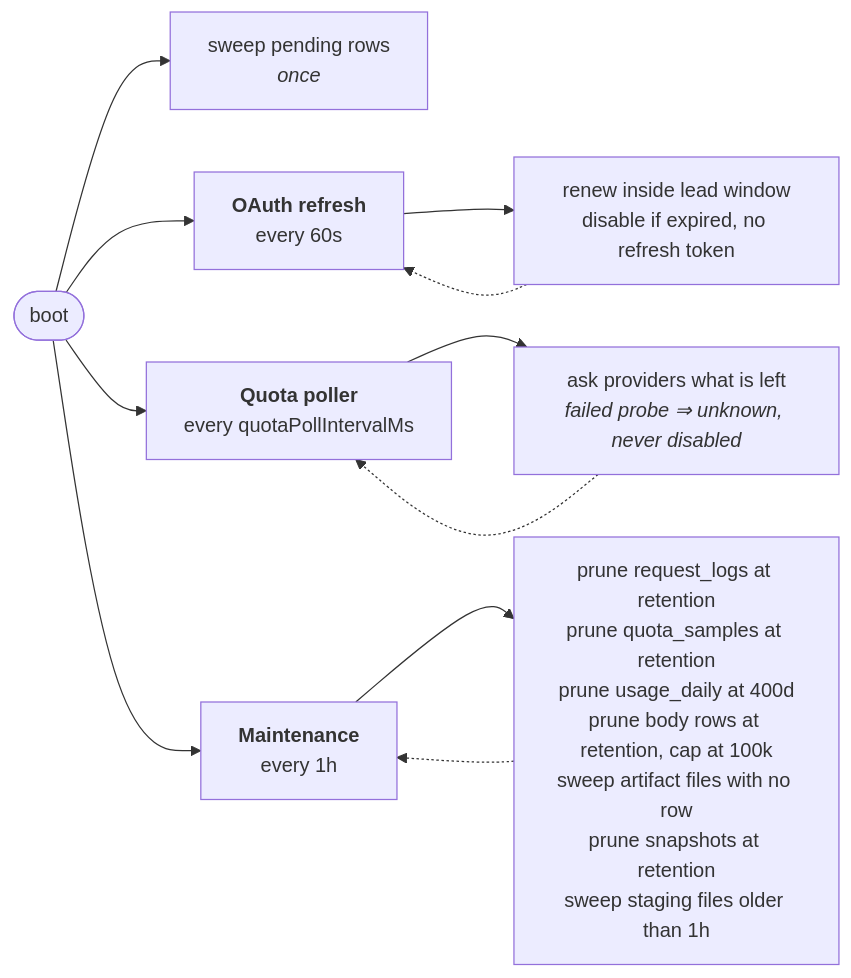
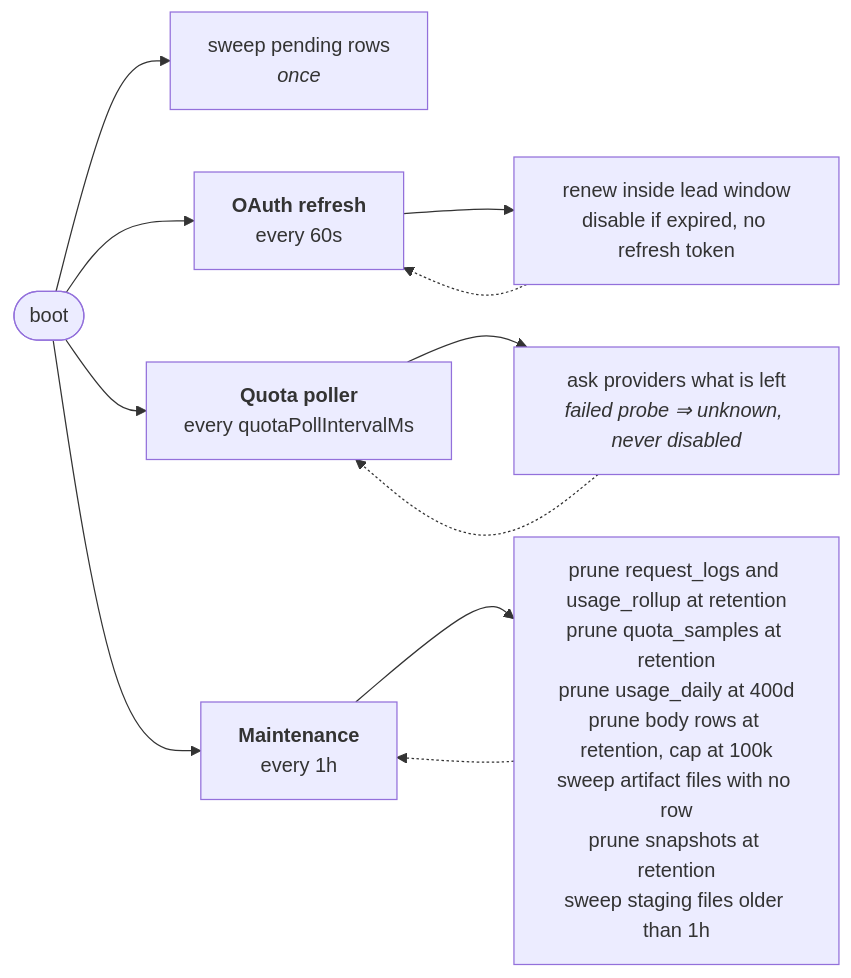
Before and after one commit to harismawan/omnigateway: the seventh of 8 diagrams in ARCHITECTURE.md, drawn with Mermaid. The commit also changed other lines of this file and 16 other files, not shown here.

````diff
--- a/ARCHITECTURE.md
+++ b/ARCHITECTURE.md
@@ -387,15 +389,15 @@
 ```mermaid
 flowchart LR
   boot([boot]) --> sweep["sweep pending rows<br/><i>once</i>"]
   boot --> oauth
   boot --> quota
   boot --> maint
 
   oauth["<b>OAuth refresh</b><br/>every 60s"] --> oauthJob["renew inside lead window<br/>disable if expired, no refresh token"]
   quota["<b>Quota poller</b><br/>every quotaPollIntervalMs"] --> quotaJob["ask providers what is left<br/><i>failed probe ⇒ unknown, never disabled</i>"]
-  maint["<b>Maintenance</b><br/>every 1h"] --> maintJob["prune request_logs at retention<br/>prune quota_samples at retention<br/>prune usage_daily at 400d<br/>prune body rows at retention, cap at 100k<br/>sweep artifact files with no row<br/>prune snapshots at retention<br/>sweep staging files older than 1h"]
+  maint["<b>Maintenance</b><br/>every 1h"] --> maintJob["prune request_logs and usage_rollup at retention<br/>prune quota_samples at retention<br/>prune usage_daily at 400d<br/>prune body rows at retention, cap at 100k<br/>sweep artifact files with no row<br/>prune snapshots at retention<br/>sweep staging files older than 1h"]
 
   oauthJob -.-> oauth
   quotaJob -.-> quota
   maintJob -.-> maint
 ```
````
